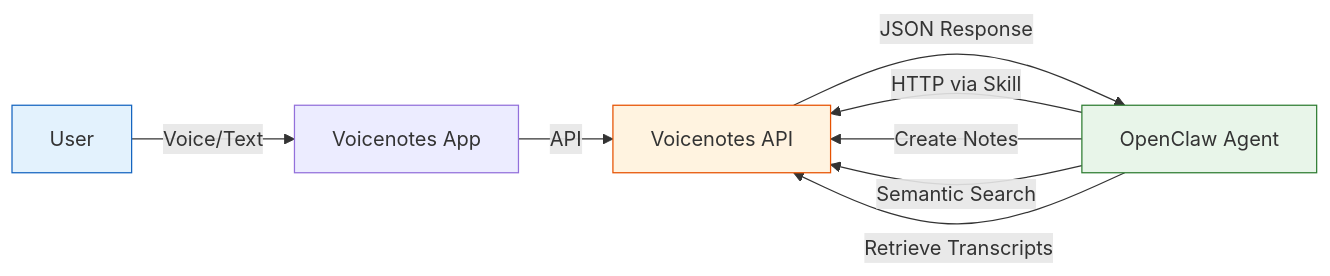
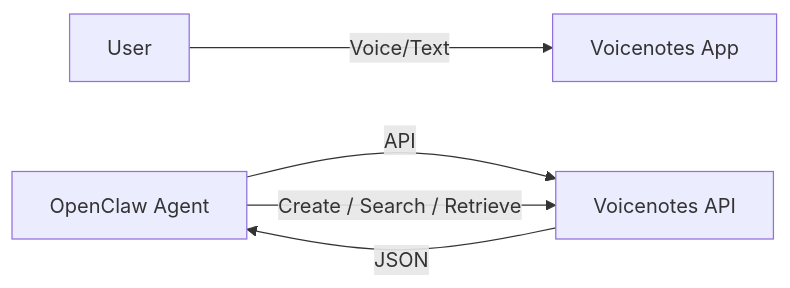
The diagram in tutorials/voicenotes-integration-openclaw.md (fanani-radian/openclaw-sumopod), drawn with Mermaid before and after one commit. The commit also changed other lines of this file and 1 other file, not shown here.

Commit message:
Rewrite: shorter Voicenotes tutorial with logo

````diff
--- a/tutorials/voicenotes-integration-openclaw.md
+++ b/tutorials/voicenotes-integration-openclaw.md
@@ -9,13 +27,7 @@
 ```mermaid
 flowchart LR
     A[User] -->|Voice/Text| B[Voicenotes App]
-    B -->|API| C[Voicenotes API]
-    D[OpenClaw Agent] -->|HTTP via Skill| C
-    D -->|Create Notes| C
-    D -->|Semantic Search| C
-    D -->|Retrieve Transcripts| C
-    C -->|JSON Response| D
-    style A fill:#e3f2fd,stroke:#1565c0
-    style D fill:#e8f5e9,stroke:#2e7d32
-    style C fill:#fff3e0,stroke:#e65100
+    D[OpenClaw Agent] -->|API| C[Voicenotes API]
+    D -->|Create / Search / Retrieve| C
+    C -->|JSON| D
 ```
````
